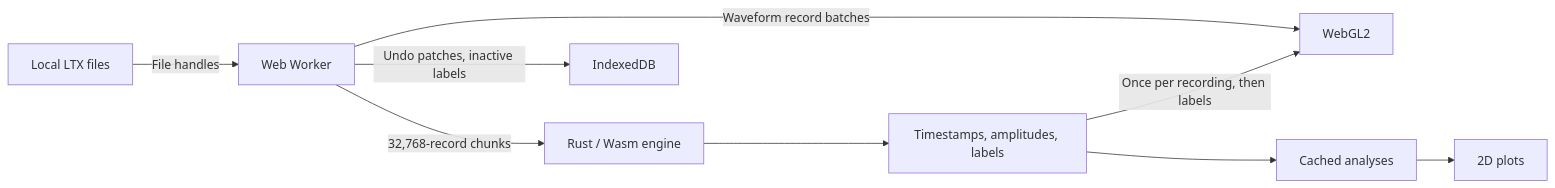
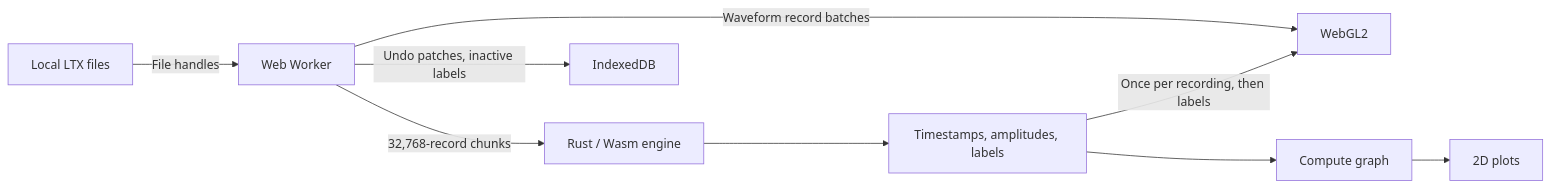
Before and after one commit to ChenNeuroscience/waveform: the diagram in docs/ARCHITECTURE.md, drawn with Mermaid. The commit also changed other lines of this file and 12 other files, not shown here.

First line of the commit message:
Call the handler machinery the compute graph; the cache is internal

````diff
--- a/docs/ARCHITECTURE.md
+++ b/docs/ARCHITECTURE.md
@@ -3,11 +3,11 @@
 ```mermaid
 flowchart LR
     Files[Local LTX files] -->|File handles| Worker[Web Worker]
     Worker -->|32,768-record chunks| Rust[Rust / Wasm engine]
     Rust --> Population[Timestamps, amplitudes, labels]
     Population -->|Once per recording, then labels| GPU[WebGL2]
     Worker -->|Waveform record batches| GPU
     Worker -->|Undo patches, inactive labels| IDB[IndexedDB]
-    Population --> Analysis[Cached analyses]
+    Population --> Analysis[Compute graph]
     Analysis --> Canvas[2D plots]
 ```
````
